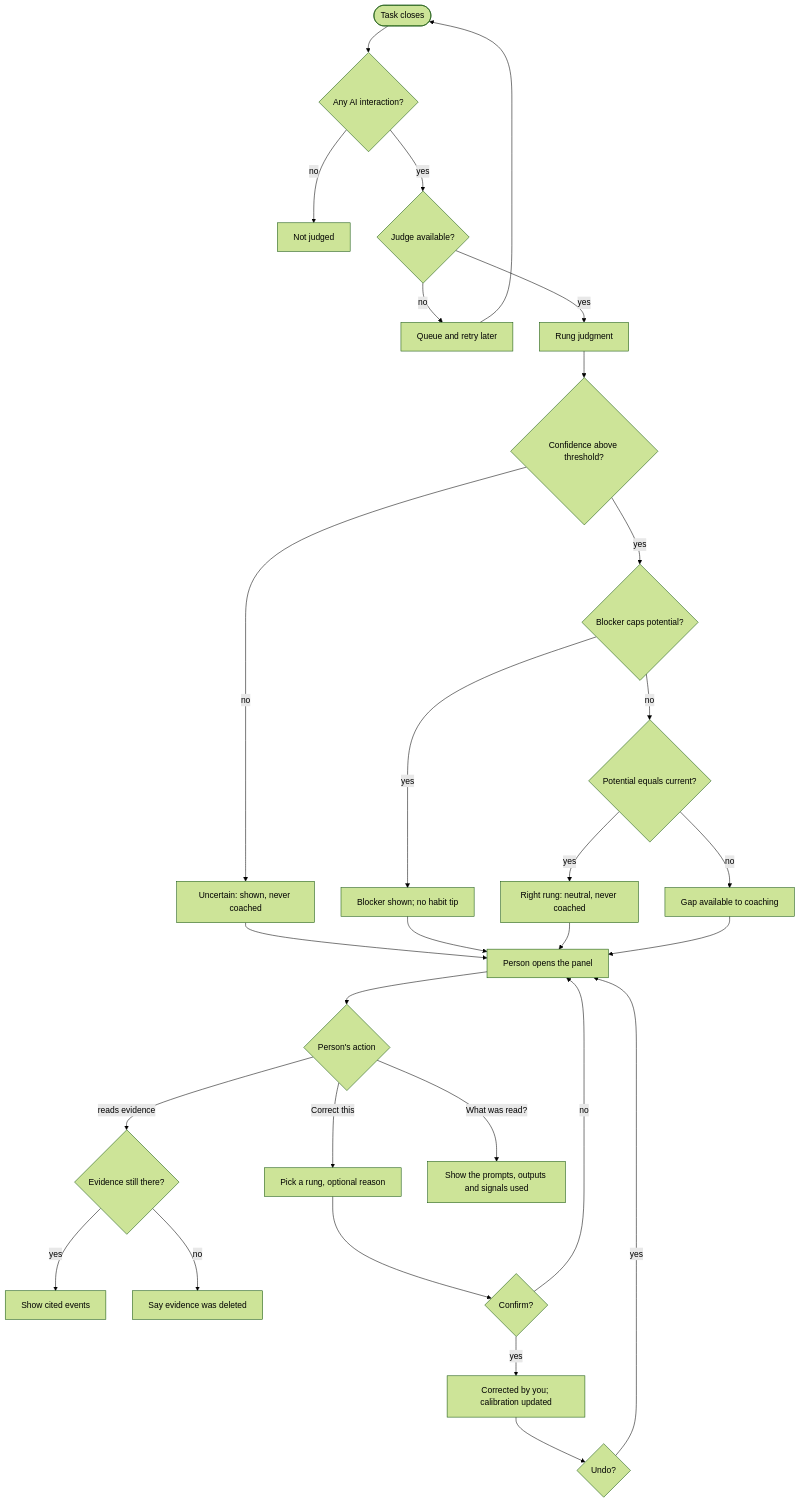
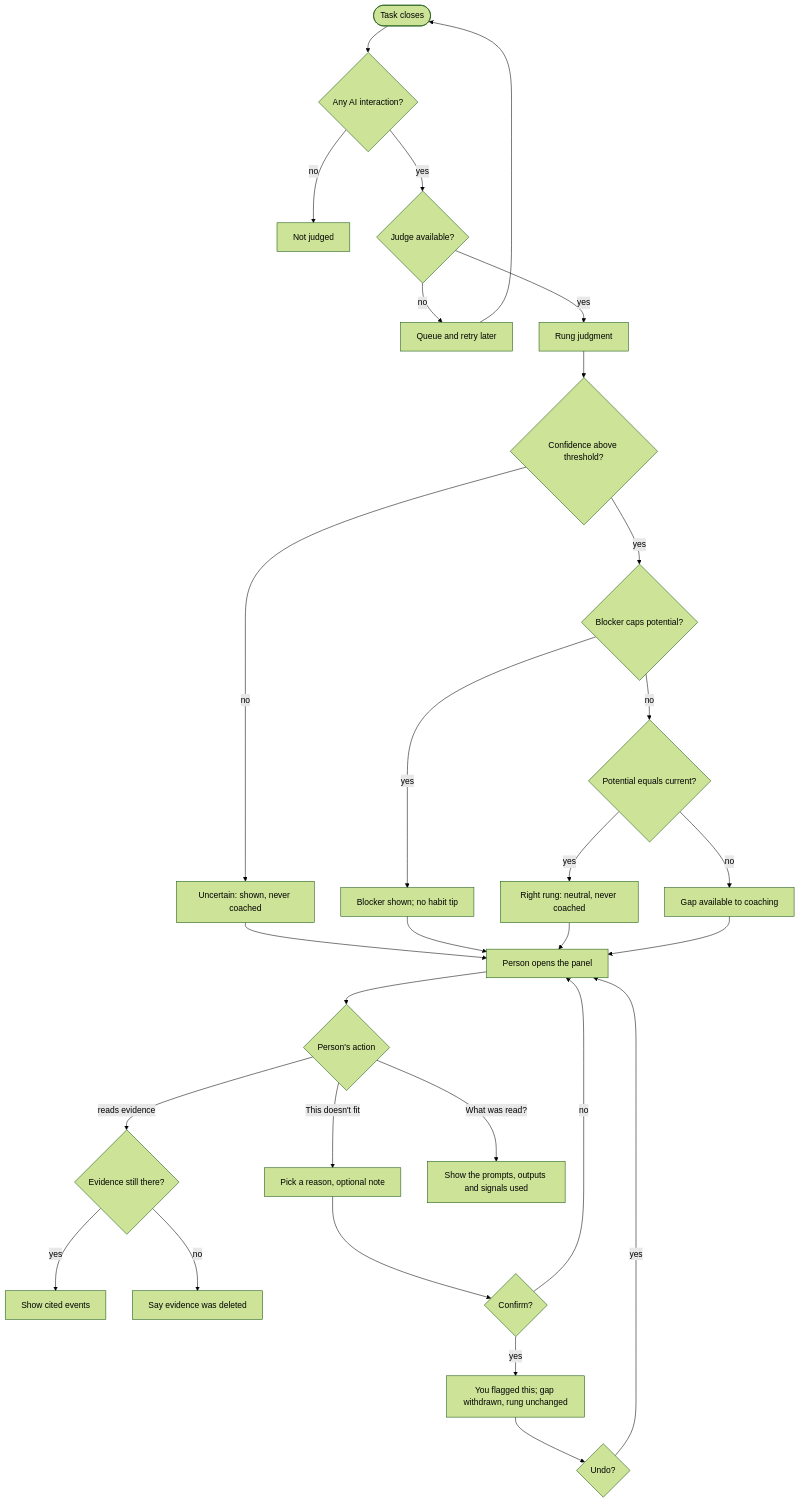
The diagram in docs/specs/rung-model.md (imransargusingh/AIQ), drawn with Mermaid (forest theme) before and after one commit. The commit also changed other lines of this file, not shown here.

First line of the commit message:
Spec: people flag guidance, never reclassify a rung (Q3)

````diff
--- a/docs/specs/rung-model.md
+++ b/docs/specs/rung-model.md
@@ -291,29 +296,29 @@
 ```mermaid
 flowchart TD
   close([Task closes]) --> ai{Any AI interaction?}
   ai -->|no| skip[Not judged]
   ai -->|yes| judge{Judge available?}
   judge -->|no| queue[Queue and retry later] --> close
   judge -->|yes| j[Rung judgment]
   j --> conf{Confidence above threshold?}
   conf -->|no| unc["Uncertain: shown, never coached"]
   conf -->|yes| blk{Blocker caps potential?}
   blk -->|yes| capped["Blocker shown; no habit tip"]
   blk -->|no| right{Potential equals current?}
   right -->|yes| rr["Right rung: neutral, never coached"]
   right -->|no| gap["Gap available to coaching"]
   unc --> panel
   capped --> panel
   rr --> panel
   gap --> panel
   panel[Person opens the panel] --> act{Person's action}
   act -->|reads evidence| ev{Evidence still there?}
   ev -->|yes| show[Show cited events]
   ev -->|no| del["Say evidence was deleted"]
-  act -->|Correct this| pick[Pick a rung, optional reason] --> conf2{Confirm?}
+  act -->|This doesn't fit| pick[Pick a reason, optional note] --> conf2{Confirm?}
   conf2 -->|no| panel
-  conf2 -->|yes| corr["Corrected by you; calibration updated"]
+  conf2 -->|yes| corr["You flagged this; gap withdrawn, rung unchanged"]
   corr --> undo{Undo?}
   undo -->|yes| panel
   act -->|"What was read?"| read["Show the prompts, outputs and signals used"]
 ```
````
